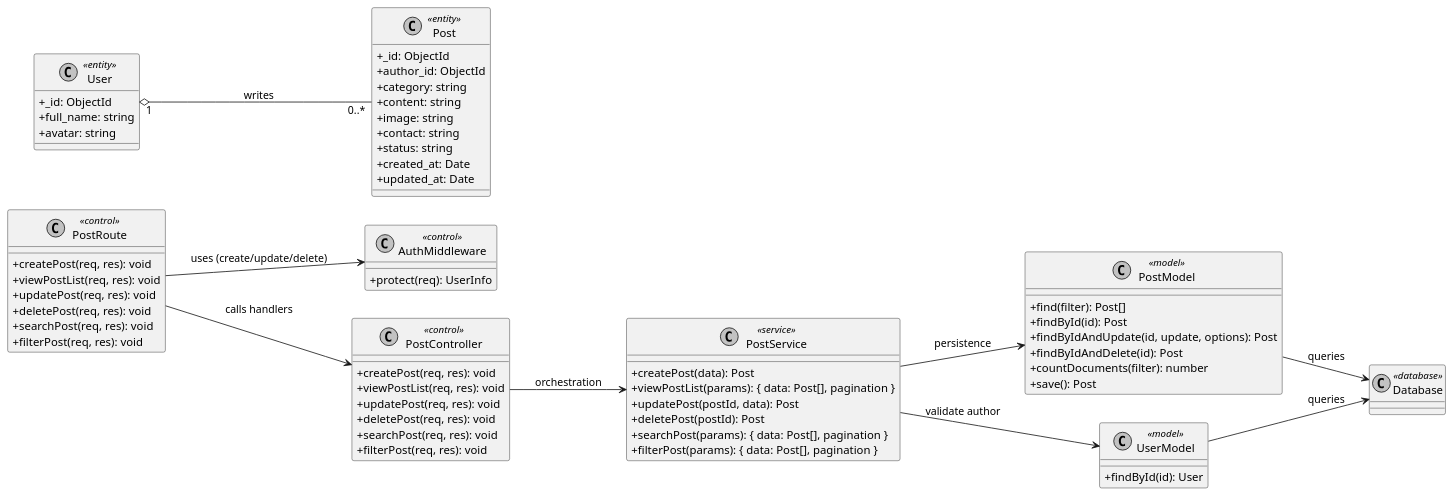
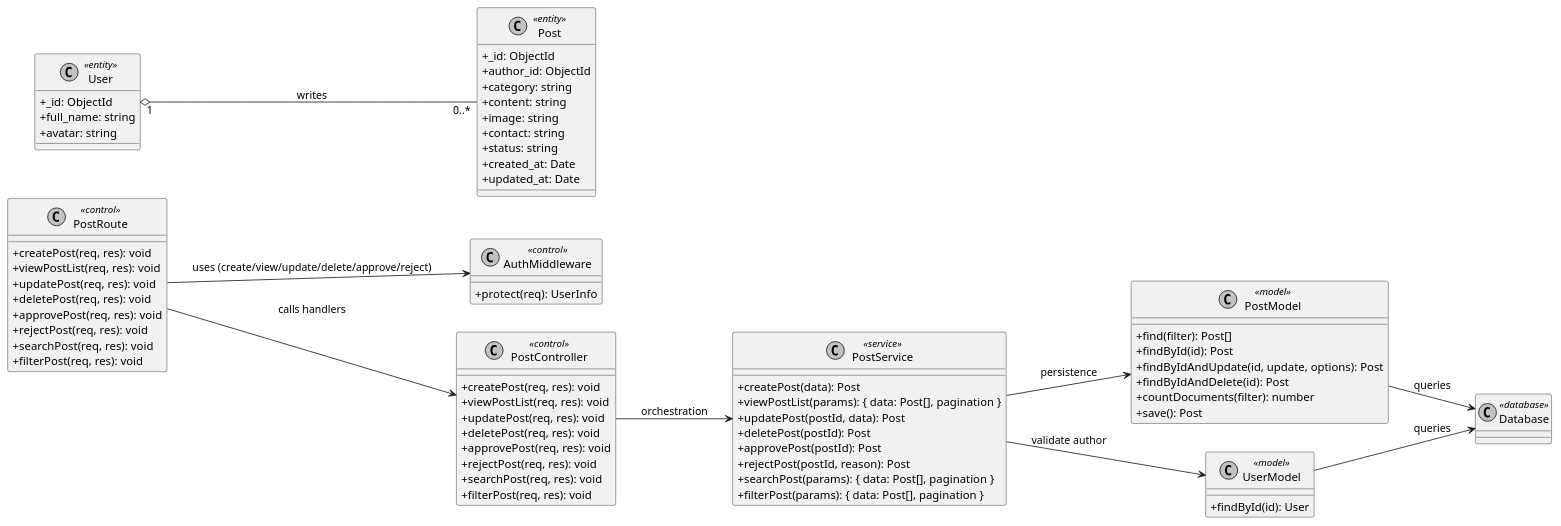
One commit to VietDurian/VietDurian changed the diagram in planuml/classdiagram/PostManagement.puml. Above: the diagram before and after it, drawn with PlantUML. The commit also changed 2 other files, not shown here.

```diff
--- a/planuml/classdiagram/PostManagement.puml
+++ b/planuml/classdiagram/PostManagement.puml
@@ -1,91 +1,97 @@
 @startuml PostManagement
 skinparam monochrome true
 skinparam shadowing false
 skinparam classAttributeIconSize 0
 left to right direction
 
 
 ' ===== Routes & Middleware =====
 class PostRoute <<control>> {
   +createPost(req, res): void
   +viewPostList(req, res): void
   +updatePost(req, res): void
   +deletePost(req, res): void
+  +approvePost(req, res): void
+  +rejectPost(req, res): void
   +searchPost(req, res): void
   +filterPost(req, res): void
 }
 
 class AuthMiddleware <<control>> {
   +protect(req): UserInfo
 }
 
 ' ===== Controller =====
 class PostController <<control>> {
   +createPost(req, res): void
   +viewPostList(req, res): void
   +updatePost(req, res): void
   +deletePost(req, res): void
+  +approvePost(req, res): void
+  +rejectPost(req, res): void
   +searchPost(req, res): void
   +filterPost(req, res): void
 }
 
 ' ===== Service =====
 class PostService <<service>> {
   +createPost(data): Post
   +viewPostList(params): { data: Post[], pagination }
   +updatePost(postId, data): Post
   +deletePost(postId): Post
+  +approvePost(postId): Post
+  +rejectPost(postId, reason): Post
   +searchPost(params): { data: Post[], pagination }
   +filterPost(params): { data: Post[], pagination }
 }
 
 ' ===== Models =====
 class PostModel <<model>> {
   +find(filter): Post[]
   +findById(id): Post
   +findByIdAndUpdate(id, update, options): Post
   +findByIdAndDelete(id): Post
   +countDocuments(filter): number
   +save(): Post
 }
 
 class UserModel <<model>> {
   +findById(id): User
 }
 
 ' ===== Entities =====
 class Post <<entity>> {
   +_id: ObjectId
   +author_id: ObjectId
   +category: string
   +content: string
   +image: string
   +contact: string
   +status: string
   +created_at: Date
   +updated_at: Date
 }
 
 class User <<entity>> {
   +_id: ObjectId
   +full_name: string
   +avatar: string
 }
 
 class Database <<database>>
 
 ' ===== Relationships =====
-PostRoute --> AuthMiddleware : uses (create/update/delete)
+PostRoute --> AuthMiddleware : uses (create/view/update/delete/approve/reject)
 PostRoute --> PostController : calls handlers
 
 PostController --> PostService : orchestration
 
 PostService --> PostModel : persistence
 PostService --> UserModel : validate author
 
 PostModel --> Database : queries
 UserModel --> Database : queries
 
 User "1" o-- "0..*" Post : writes
 
 @enduml
```
